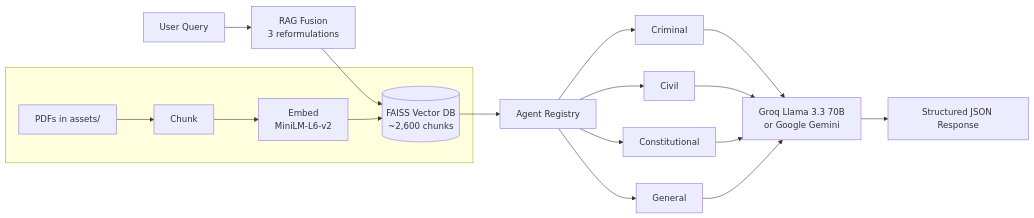
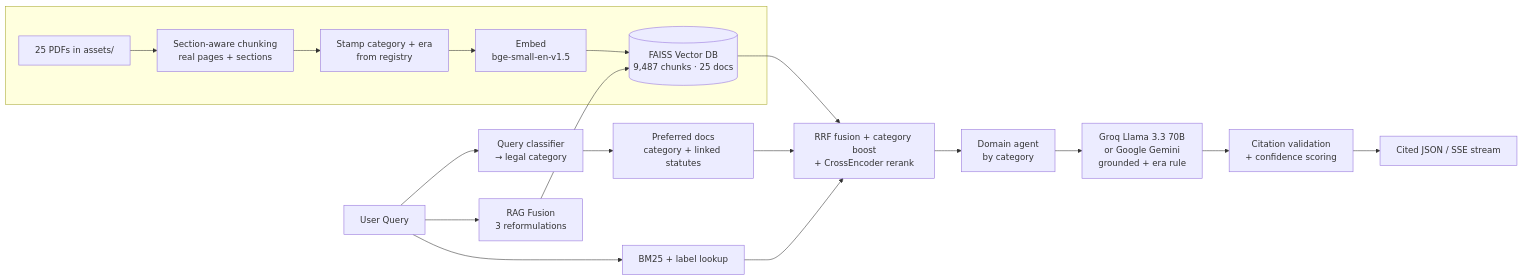
Before and after one commit to itsDigvijaysing/Indian-Law-AI-Portal: the diagram in README.md, drawn with Mermaid. The commit also changed other lines of this file and 38 other files, not shown here.

````diff
--- a/README.md
+++ b/README.md
@@ -22,13 +27,19 @@
 ```mermaid
 flowchart LR
-    Q[User Query] --> RF[RAG Fusion<br/>3 reformulations]
-    RF --> VDB[(FAISS Vector DB<br/>~2,600 chunks)]
-    VDB --> AR[Agent Registry]
-    AR --> A1[Criminal] & A2[Civil] & A3[Constitutional] & A4[General]
-    A1 & A2 & A3 & A4 --> LLM[Groq Llama 3.3 70B<br/>or Google Gemini]
-    LLM --> R[Structured JSON Response]
+    Q[User Query] --> CLS[Query classifier<br/>→ legal category]
+    CLS --> SCOPE[Preferred docs<br/>category + linked statutes]
+    Q --> RF[RAG Fusion<br/>3 reformulations]
+    RF --> VDB[(FAISS Vector DB<br/>9,487 chunks · 25 docs)]
+    Q --> BM[BM25 + label lookup]
+    BM --> RRF[RRF fusion + category boost<br/>+ CrossEncoder rerank]
+    VDB --> RRF
+    SCOPE --> RRF
+    RRF --> AR[Domain agent<br/>by category]
+    AR --> LLM[Groq Llama 3.3 70B<br/>or Google Gemini<br/>grounded + era rule]
+    LLM --> V[Citation validation<br/>+ confidence scoring]
+    V --> R[Cited JSON / SSE stream]
 
     subgraph Ingest[" "]
-        P[PDFs in assets/] --> C[Chunk] --> E[Embed<br/>MiniLM-L6-v2] --> VDB
+        P[25 PDFs in assets/] --> C[Section-aware chunking<br/>real pages + sections] --> M[Stamp category + era<br/>from registry] --> E[Embed<br/>bge-small-en-v1.5] --> VDB
     end
 ```
````
